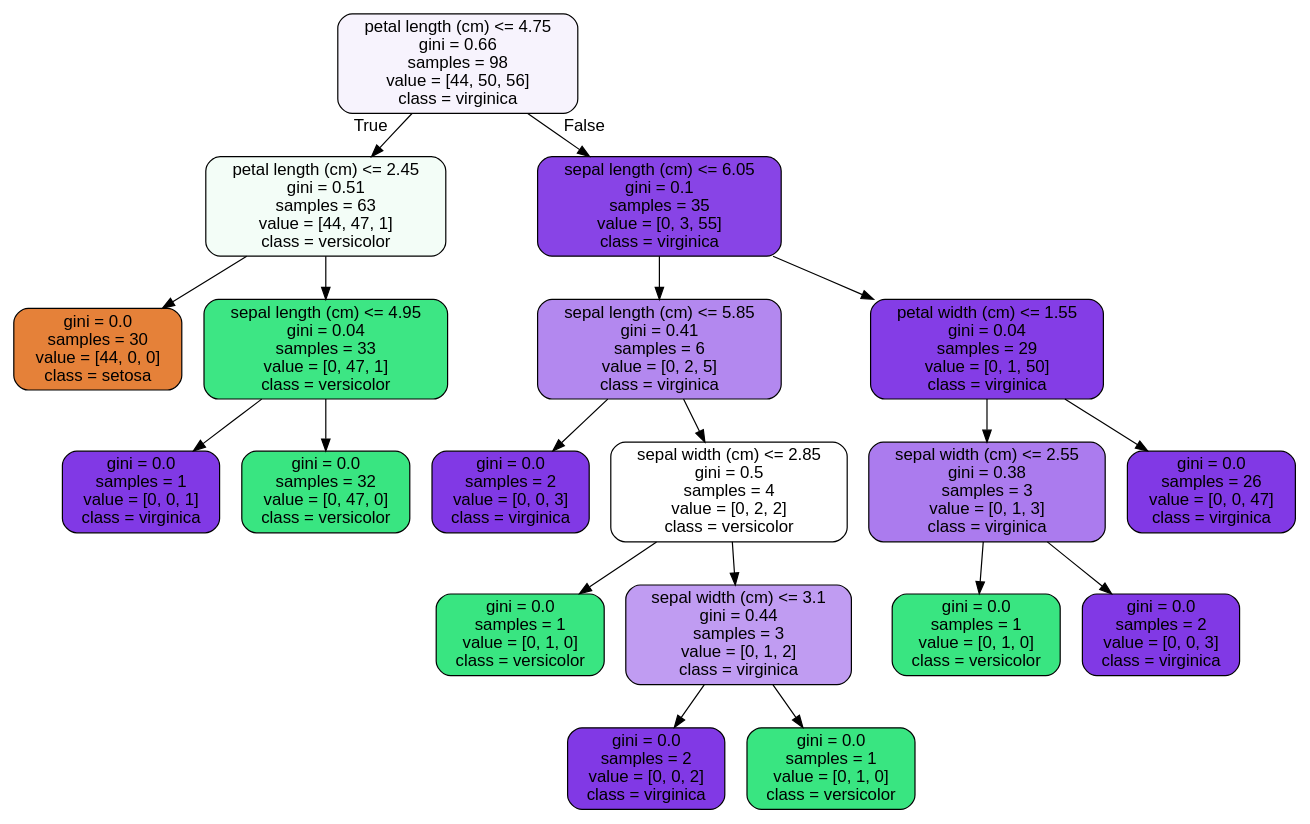
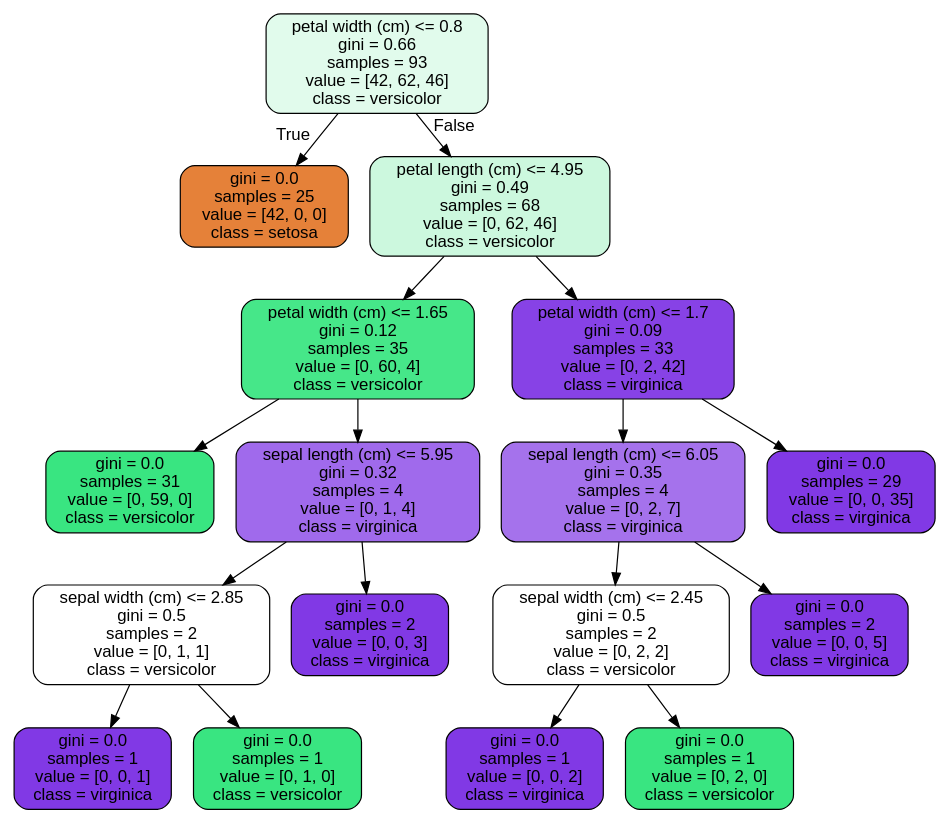
The diagram in mini-projects-case-studies/Random Forest Case Study/tree.dot (lilorent/Springboard), drawn with Graphviz before and after one commit. The commit also changed 3 other files, not shown here.

```diff
--- a/mini-projects-case-studies/Random Forest Case Study/tree.dot
+++ b/mini-projects-case-studies/Random Forest Case Study/tree.dot
@@ -1,41 +1,37 @@
 digraph Tree {
 node [shape=box, style="filled, rounded", color="black", fontname=helvetica] ;
 edge [fontname=helvetica] ;
-0 [label="petal length (cm) <= 4.75\ngini = 0.66\nsamples = 98\nvalue = [44, 50, 56]\nclass = virginica", fillcolor="#f7f3fd"] ;
-1 [label="petal length (cm) <= 2.45\ngini = 0.51\nsamples = 63\nvalue = [44, 47, 1]\nclass = versicolor", fillcolor="#f3fdf7"] ;
+0 [label="petal width (cm) <= 0.8\ngini = 0.66\nsamples = 93\nvalue = [42, 62, 46]\nclass = versicolor", fillcolor="#e1fbec"] ;
+1 [label="gini = 0.0\nsamples = 25\nvalue = [42, 0, 0]\nclass = setosa", fillcolor="#e58139"] ;
 0 -> 1 [labeldistance=2.5, labelangle=45, headlabel="True"] ;
-2 [label="gini = 0.0\nsamples = 30\nvalue = [44, 0, 0]\nclass = setosa", fillcolor="#e58139"] ;
-1 -> 2 ;
-3 [label="sepal length (cm) <= 4.95\ngini = 0.04\nsamples = 33\nvalue = [0, 47, 1]\nclass = versicolor", fillcolor="#3de684"] ;
-1 -> 3 ;
-4 [label="gini = 0.0\nsamples = 1\nvalue = [0, 0, 1]\nclass = virginica", fillcolor="#8139e5"] ;
+2 [label="petal length (cm) <= 4.95\ngini = 0.49\nsamples = 68\nvalue = [0, 62, 46]\nclass = versicolor", fillcolor="#ccf8de"] ;
+0 -> 2 [labeldistance=2.5, labelangle=-45, headlabel="False"] ;
+3 [label="petal width (cm) <= 1.65\ngini = 0.12\nsamples = 35\nvalue = [0, 60, 4]\nclass = versicolor", fillcolor="#46e789"] ;
+2 -> 3 ;
+4 [label="gini = 0.0\nsamples = 31\nvalue = [0, 59, 0]\nclass = versicolor", fillcolor="#39e581"] ;
 3 -> 4 ;
-5 [label="gini = 0.0\nsamples = 32\nvalue = [0, 47, 0]\nclass = versicolor", fillcolor="#39e581"] ;
+5 [label="sepal length (cm) <= 5.95\ngini = 0.32\nsamples = 4\nvalue = [0, 1, 4]\nclass = virginica", fillcolor="#a06aec"] ;
 3 -> 5 ;
-6 [label="sepal length (cm) <= 6.05\ngini = 0.1\nsamples = 35\nvalue = [0, 3, 55]\nclass = virginica", fillcolor="#8844e6"] ;
-0 -> 6 [labeldistance=2.5, labelangle=-45, headlabel="False"] ;
-7 [label="sepal length (cm) <= 5.85\ngini = 0.41\nsamples = 6\nvalue = [0, 2, 5]\nclass = virginica", fillcolor="#b388ef"] ;
+6 [label="sepal width (cm) <= 2.85\ngini = 0.5\nsamples = 2\nvalue = [0, 1, 1]\nclass = versicolor", fillcolor="#ffffff"] ;
+5 -> 6 ;
+7 [label="gini = 0.0\nsamples = 1\nvalue = [0, 0, 1]\nclass = virginica", fillcolor="#8139e5"] ;
 6 -> 7 ;
-8 [label="gini = 0.0\nsamples = 2\nvalue = [0, 0, 3]\nclass = virginica", fillcolor="#8139e5"] ;
-7 -> 8 ;
-9 [label="sepal width (cm) <= 2.85\ngini = 0.5\nsamples = 4\nvalue = [0, 2, 2]\nclass = versicolor", fillcolor="#ffffff"] ;
-7 -> 9 ;
-10 [label="gini = 0.0\nsamples = 1\nvalue = [0, 1, 0]\nclass = versicolor", fillcolor="#39e581"] ;
-9 -> 10 ;
-11 [label="sepal width (cm) <= 3.1\ngini = 0.44\nsamples = 3\nvalue = [0, 1, 2]\nclass = virginica", fillcolor="#c09cf2"] ;
-9 -> 11 ;
-12 [label="gini = 0.0\nsamples = 2\nvalue = [0, 0, 2]\nclass = virginica", fillcolor="#8139e5"] ;
+8 [label="gini = 0.0\nsamples = 1\nvalue = [0, 1, 0]\nclass = versicolor", fillcolor="#39e581"] ;
+6 -> 8 ;
+9 [label="gini = 0.0\nsamples = 2\nvalue = [0, 0, 3]\nclass = virginica", fillcolor="#8139e5"] ;
+5 -> 9 ;
+10 [label="petal width (cm) <= 1.7\ngini = 0.09\nsamples = 33\nvalue = [0, 2, 42]\nclass = virginica", fillcolor="#8742e6"] ;
+2 -> 10 ;
+11 [label="sepal length (cm) <= 6.05\ngini = 0.35\nsamples = 4\nvalue = [0, 2, 7]\nclass = virginica", fillcolor="#a572ec"] ;
+10 -> 11 ;
+12 [label="sepal width (cm) <= 2.45\ngini = 0.5\nsamples = 2\nvalue = [0, 2, 2]\nclass = versicolor", fillcolor="#ffffff"] ;
 11 -> 12 ;
-13 [label="gini = 0.0\nsamples = 1\nvalue = [0, 1, 0]\nclass = versicolor", fillcolor="#39e581"] ;
-11 -> 13 ;
-14 [label="petal width (cm) <= 1.55\ngini = 0.04\nsamples = 29\nvalue = [0, 1, 50]\nclass = virginica", fillcolor="#843de6"] ;
-6 -> 14 ;
-15 [label="sepal width (cm) <= 2.55\ngini = 0.38\nsamples = 3\nvalue = [0, 1, 3]\nclass = virginica", fillcolor="#ab7bee"] ;
-14 -> 15 ;
-16 [label="gini = 0.0\nsamples = 1\nvalue = [0, 1, 0]\nclass = versicolor", fillcolor="#39e581"] ;
-15 -> 16 ;
-17 [label="gini = 0.0\nsamples = 2\nvalue = [0, 0, 3]\nclass = virginica", fillcolor="#8139e5"] ;
-15 -> 17 ;
-18 [label="gini = 0.0\nsamples = 26\nvalue = [0, 0, 47]\nclass = virginica", fillcolor="#8139e5"] ;
-14 -> 18 ;
+13 [label="gini = 0.0\nsamples = 1\nvalue = [0, 0, 2]\nclass = virginica", fillcolor="#8139e5"] ;
+12 -> 13 ;
+14 [label="gini = 0.0\nsamples = 1\nvalue = [0, 2, 0]\nclass = versicolor", fillcolor="#39e581"] ;
+12 -> 14 ;
+15 [label="gini = 0.0\nsamples = 2\nvalue = [0, 0, 5]\nclass = virginica", fillcolor="#8139e5"] ;
+11 -> 15 ;
+16 [label="gini = 0.0\nsamples = 29\nvalue = [0, 0, 35]\nclass = virginica", fillcolor="#8139e5"] ;
+10 -> 16 ;
 }
```
